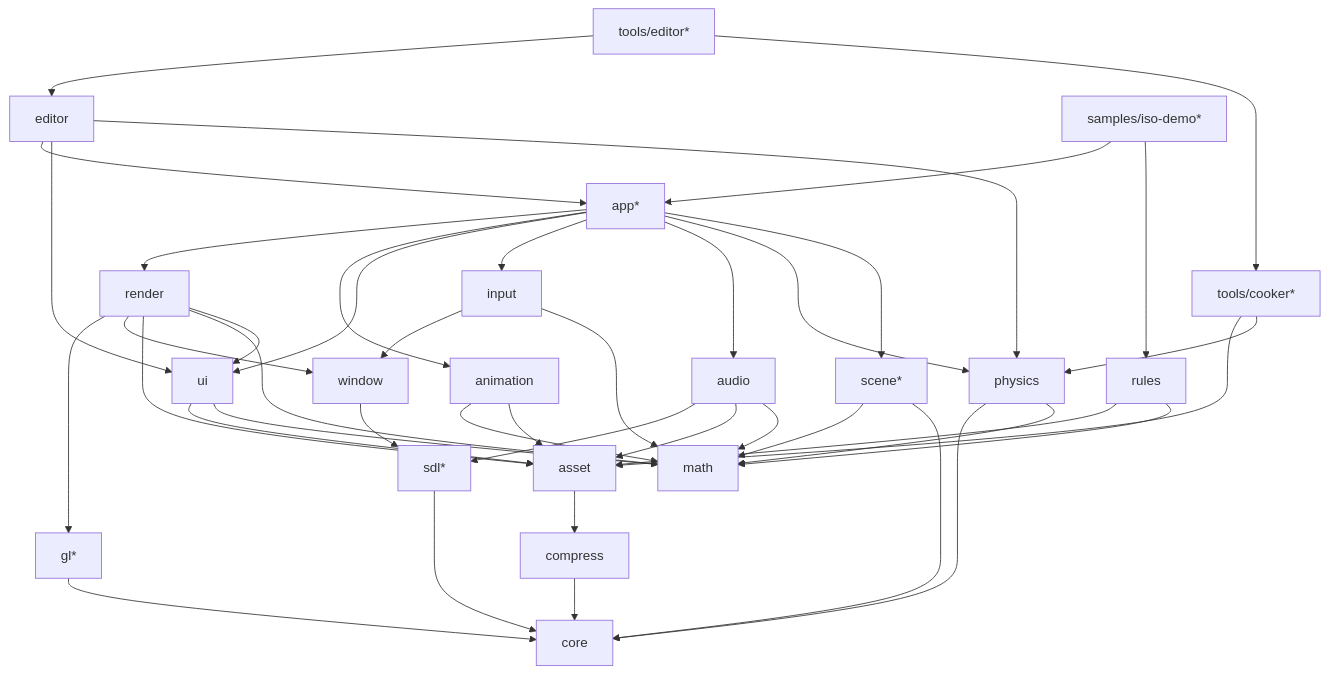
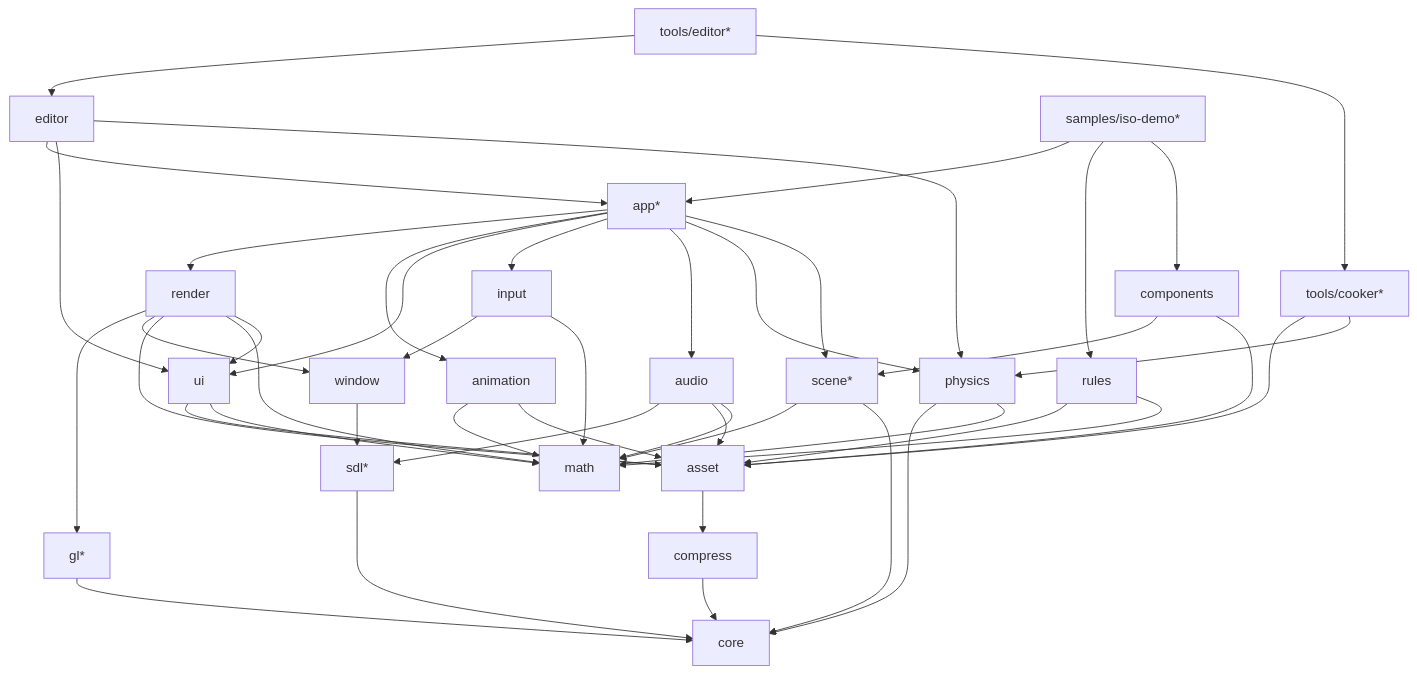
The diagram in docs/DESIGN.md (ilumar589/JEddyFramework), drawn with Mermaid before and after one commit. The commit also changed other lines of this file and 60 other files, not shown here.

````diff
--- a/docs/DESIGN.md
+++ b/docs/DESIGN.md
@@ -90,46 +92,49 @@
 ```mermaid
 graph TD
   core[core]
   math[math]
   compress[compress] --> core
   sdl[sdl*] --> core
   gl[gl*] --> core
   window[window] --> sdl
   input[input] --> window
   input --> math
   asset[asset] --> compress
   render[render] --> gl
   render --> window
   render --> asset
   render --> math
   render --> ui
   ui[ui] --> asset
   ui --> math
   audio[audio] --> sdl
   audio --> asset
   audio --> math
   physics[physics] --> core
   physics --> math
   scene[scene*] --> math
   scene --> core
   animation[animation] --> math
   animation --> asset
   rules[rules] --> asset
   rules --> math
+  components[components] --> scene
+  components --> asset
   editor[editor] --> app
   editor --> ui
   editor --> physics
   editortool[tools/editor*] --> editor
   editortool --> cooker
   app[app*] --> render
   app --> animation
   app --> ui
   app --> input
   app --> audio
   app --> physics
   app --> scene
   isodemo[samples/iso-demo*] --> app
   isodemo --> rules
+  isodemo --> components
   cooker[tools/cooker*] --> asset
   cooker --> physics
 ```
````
